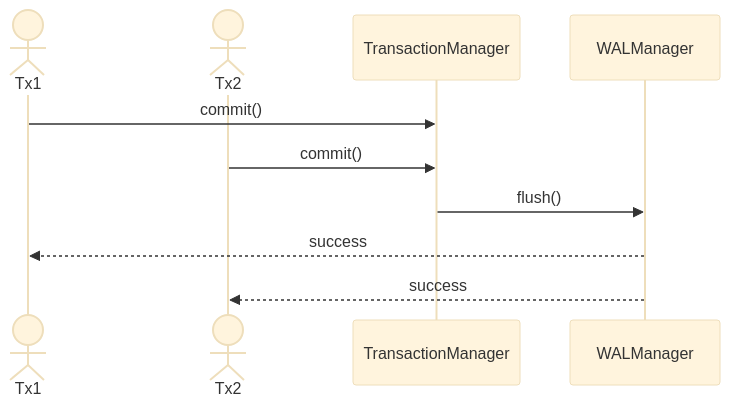
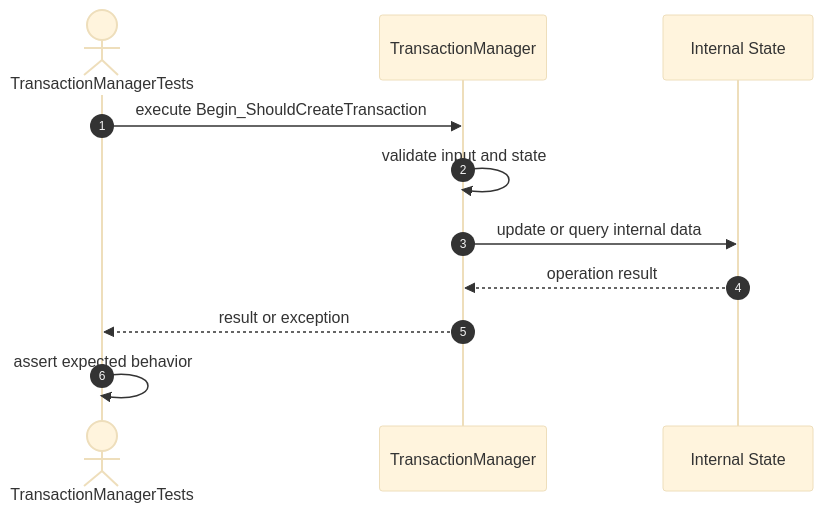
One commit to FhuAnn/-bbv-AN-s-DBMS changed the fourth of 19 diagrams in src/tests/unit/transaction/sequences/transactionmanager-testing.se.md. Above: the diagram before and after it, drawn with Mermaid (base theme). The commit also changed other lines of this file and 36 other files, not shown here.

````diff
--- a/src/tests/unit/transaction/sequences/transactionmanager-testing.se.md
+++ b/src/tests/unit/transaction/sequences/transactionmanager-testing.se.md
@@ -180,18 +56,14 @@
 ```mermaid
 sequenceDiagram
-actor Tx1
-actor Tx2
+    autonumber
+    actor Test as TransactionManagerTests
+    participant Target as TransactionManager
+    participant State as Internal State
 
-participant TransactionManager
-participant WALManager
-
-Tx1->>TransactionManager: commit()
-
-Tx2->>TransactionManager: commit()
-
-TransactionManager->>WALManager: flush()
-
-WALManager-->>Tx1: success
-
-WALManager-->>Tx2: success
+    Test->>Target: execute Begin_ShouldCreateTransaction
+    Target->>Target: validate input and state
+    Target->>State: update or query internal data
+    State-->>Target: operation result
+    Target-->>Test: result or exception
+    Test->>Test: assert expected behavior
 ```
````
